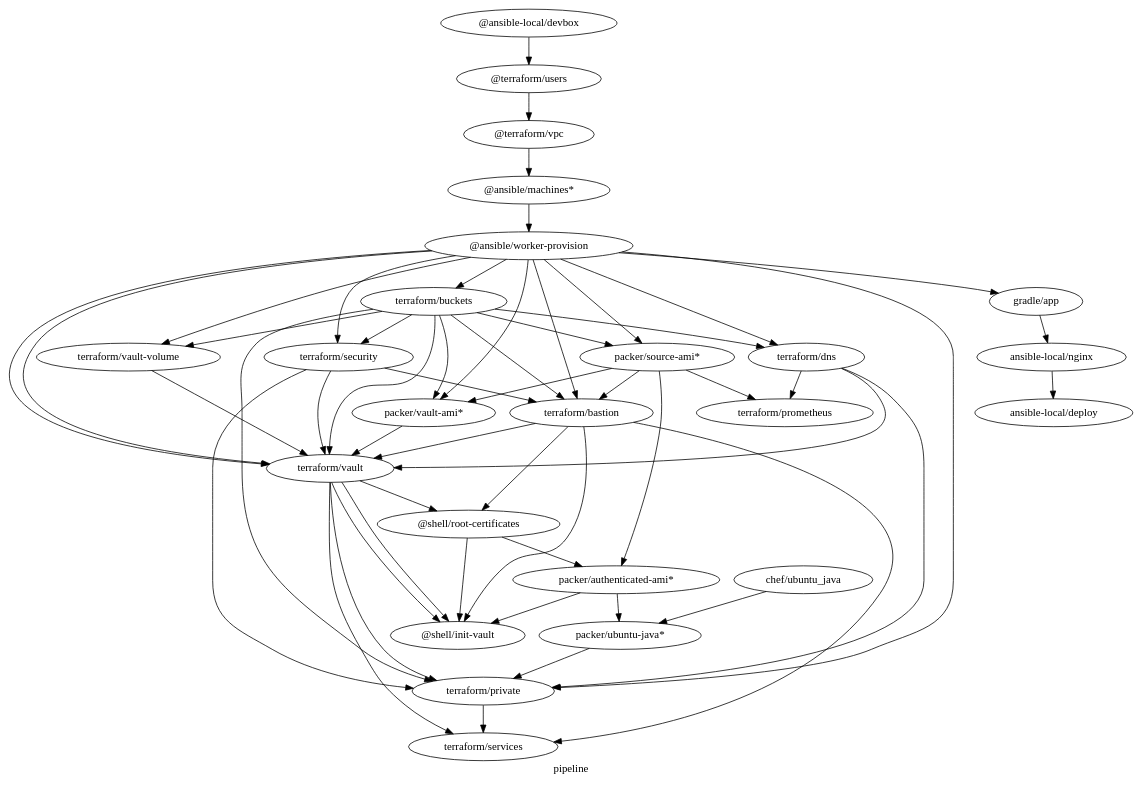
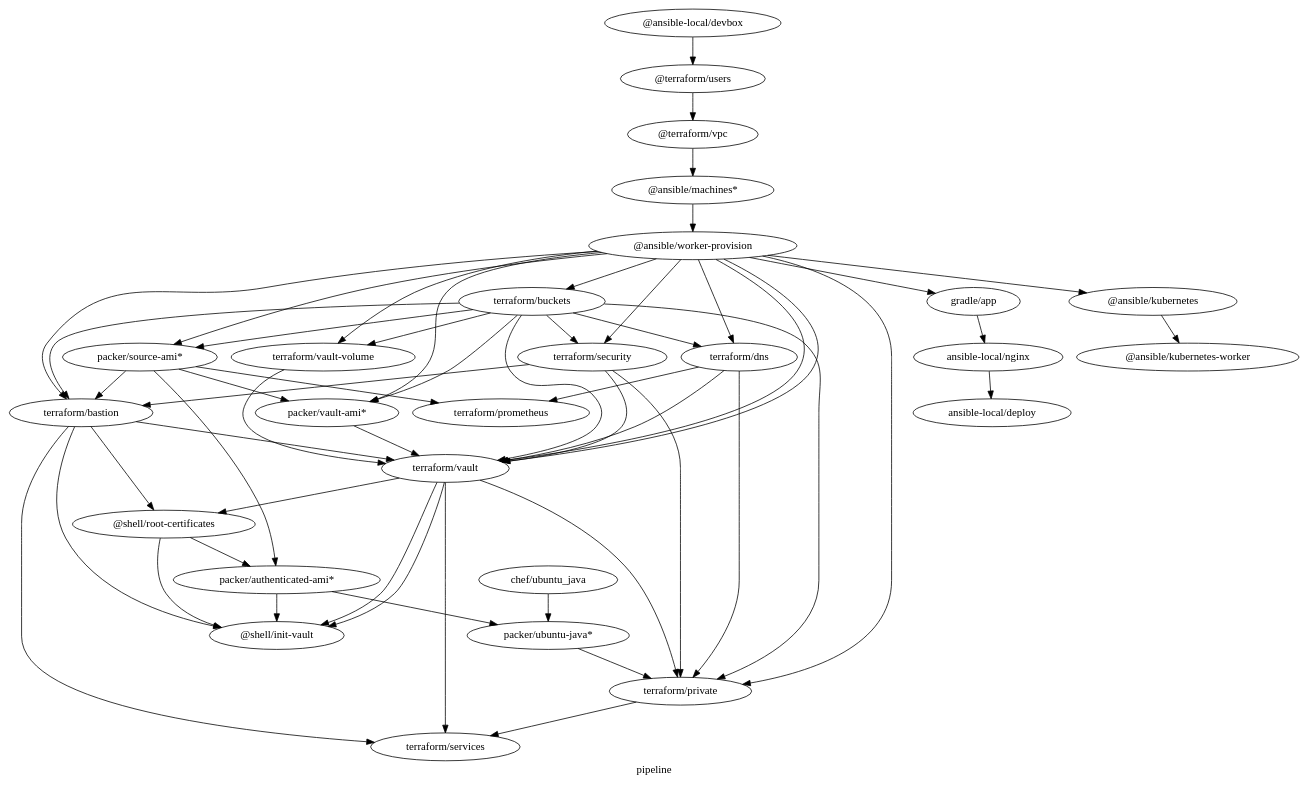
One commit to samsquire/mazzle-starter changed the diagram in architecture.dot. Above: the diagram before and after it, drawn with Graphviz. The commit also changed 12 other files, not shown here.

```diff
--- a/architecture.dot
+++ b/architecture.dot
@@ -1,83 +1,84 @@
 digraph G {
   label="pipeline";
   rankdir=TB;
 
 
 
 "packer/source-ami*" -> { "terraform/bastion";
                           "packer/vault-ami*"
                         }
 
 "gradle/app" -> "ansible-local/nginx" -> "ansible-local/deploy";
-
+"@ansible/kubernetes" -> "@ansible/kubernetes-worker";
 "@ansible/worker-provision" -> {
   "gradle/app";
+  "@ansible/kubernetes";
   "terraform/buckets";
   "terraform/vault";
   "terraform/dns";
   "terraform/bastion";
   "terraform/vault-volume";
   "packer/source-ami*";
   "terraform/security";
   "terraform/private";
   "packer/vault-ami*"
 }
 
 "terraform/buckets" -> {
   "terraform/vault";
   "terraform/dns";
   "terraform/bastion";
   "terraform/vault-volume";
   "packer/source-ami*";
   "terraform/security";
   "terraform/private";
   "packer/vault-ami*"
 }
 
 "packer/vault-ami*" -> "terraform/vault"
 
 "@terraform/vpc" -> "@ansible/machines*" -> "@ansible/worker-provision"
 
 "terraform/vault" -> "terraform/private";
 
 { "terraform/vault";
 "terraform/bastion";
 "terraform/private"; } -> "terraform/services";
 
 "terraform/vault-volume" -> "terraform/vault";
 
  "terraform/dns" -> "terraform/private";
  "terraform/dns" -> "terraform/vault";
 
 "terraform/security" -> "terraform/vault"
 "@ansible/worker-provision" -> "terraform/vault";
 
 "terraform/security" -> "terraform/bastion";
 "terraform/security" -> "terraform/private";
 
 "chef/ubuntu_java" -> "packer/ubuntu-java*";
 
 "@ansible-local/devbox" -> "@terraform/users" -> "@terraform/vpc";
 
 "terraform/bastion" -> "@shell/root-certificates";
 
 "terraform/vault" -> "@shell/root-certificates";
 "terraform/bastion" -> "terraform/vault";
 
 "terraform/bastion" -> "@shell/init-vault";
 "terraform/vault" -> "@shell/init-vault";
 
 "@shell/root-certificates" -> "packer/authenticated-ami*";
 
 "packer/ubuntu-java*" -> "terraform/private";
 
 "packer/source-ami*" -> "packer/authenticated-ami*";
 "packer/authenticated-ami*" -> "packer/ubuntu-java*";
 "packer/authenticated-ami*" -> "@shell/init-vault";
 "@shell/root-certificates" -> "@shell/init-vault";
 
 "terraform/vault" -> "@shell/init-vault";
 
  "terraform/dns" -> "terraform/prometheus";
  "packer/source-ami*" -> "terraform/prometheus";
 }
```
